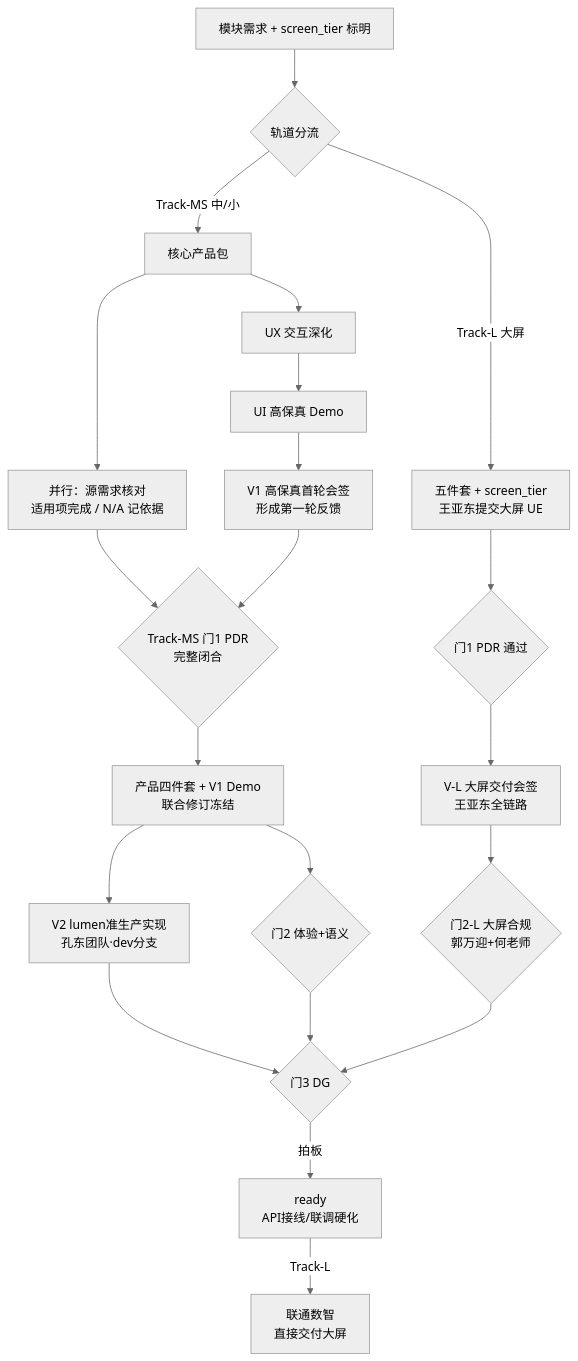
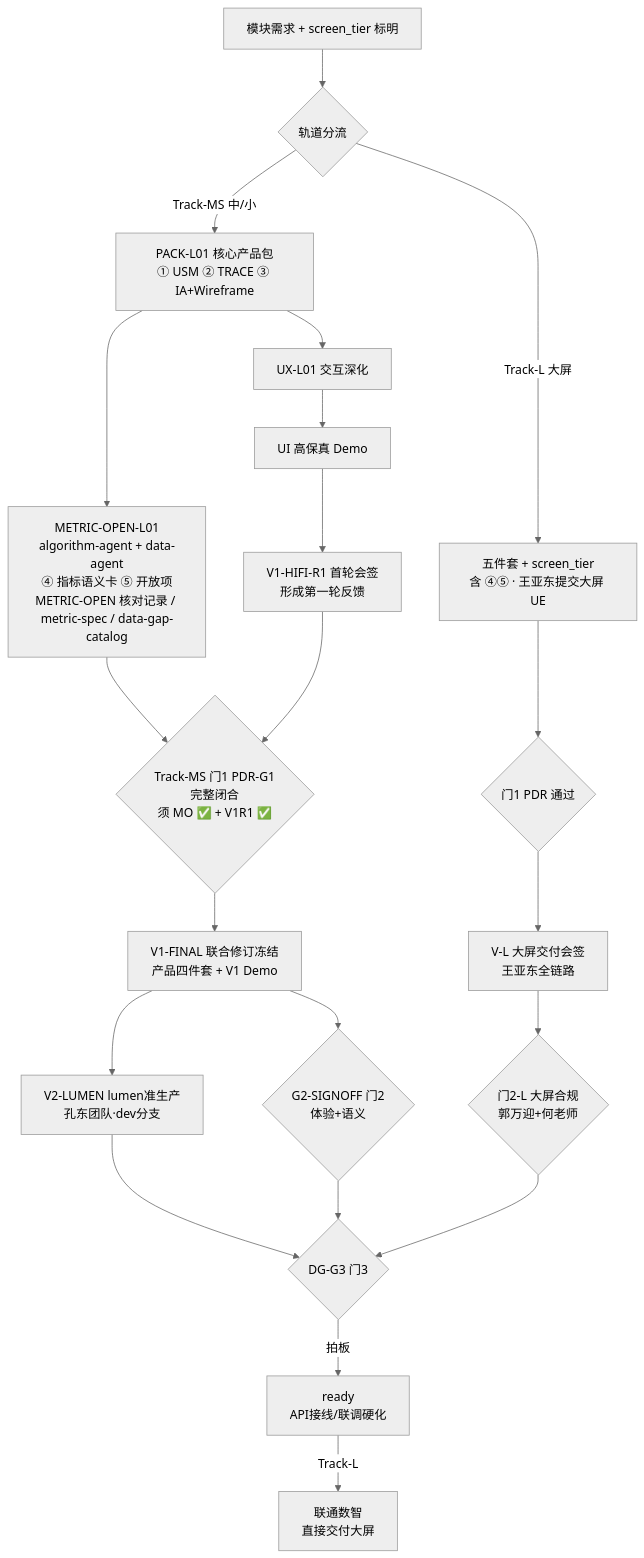
One commit to Marisolebxf/- changed the second of 2 diagrams in agent-delivery/产品定义评审规程.md. Above: the diagram before and after it, drawn with Mermaid (neutral theme). The commit also changed other lines of this file and 3 other files, not shown here.

First line of the commit message:
docs(PDR): §4 METRIC-OPEN 流程 + ENT 三模块 registry 补齐 [agent:coordinator]

````diff
--- a/agent-delivery/产品定义评审规程.md
+++ b/agent-delivery/产品定义评审规程.md
@@ -311,25 +311,25 @@
 ```mermaid
 flowchart TB
   SRC["模块需求 + screen_tier 标明"] --> BR{"轨道分流"}
 
-  BR -->|Track-MS 中/小| P0["核心产品包"]
-  P0 --> UX["UX 交互深化"]
+  BR -->|Track-MS 中/小| P0["PACK-L01 核心产品包\n① USM ② TRACE ③ IA+Wireframe"]
+  P0 --> UX["UX-L01 交互深化"]
   UX --> UI["UI 高保真 Demo"]
-  UI --> V1R1["V1 高保真首轮会签\n形成第一轮反馈"]
-  P0 --> SEM["并行：源需求核对\n适用项完成 / N/A 记依据"]
-  SEM --> G1MS{"Track-MS 门1 PDR\n完整闭合"}
+  UI --> V1R1["V1-HIFI-R1 首轮会签\n形成第一轮反馈"]
+  P0 --> MO["METRIC-OPEN-L01\nalgorithm-agent + data-agent\n④ 指标语义卡 ⑤ 开放项\nMETRIC-OPEN 核对记录 / metric-spec / data-gap-catalog"]
+  MO --> G1MS{"Track-MS 门1 PDR-G1\n完整闭合\n须 MO ✅ + V1R1 ✅"}
   V1R1 --> G1MS
-  G1MS --> FREEZE["产品四件套 + V1 Demo\n联合修订冻结"]
-  FREEZE --> V2["V2 lumen准生产实现\n孔东团队·dev分支"]
-  FREEZE --> G2{"门2 体验+语义"}
-  V2 --> G3{"门3 DG"}
+  G1MS --> FREEZE["V1-FINAL 联合修订冻结\n产品四件套 + V1 Demo"]
+  FREEZE --> V2["V2-LUMEN lumen准生产\n孔东团队·dev分支"]
+  FREEZE --> G2{"G2-SIGNOFF 门2\n体验+语义"}
+  V2 --> G3{"DG-G3 门3"}
   G2 --> G3
 
-  BR -->|Track-L 大屏| LDEF["五件套 + screen_tier\n王亚东提交大屏 UE"]
+  BR -->|Track-L 大屏| LDEF["五件套 + screen_tier\n含 ④⑤ · 王亚东提交大屏 UE"]
   LDEF --> G1L{"门1 PDR 通过"}
   G1L --> VL["V-L 大屏交付会签\n王亚东全链路"]
   VL --> G2L{"门2-L 大屏合规\n郭万迎+何老师"}
   G2L --> G3
   G3 -->|拍板| RDY["ready\nAPI接线/联调硬化"]
   RDY -->|Track-L| LARGE["联通数智\n直接交付大屏"]
 ```
````
